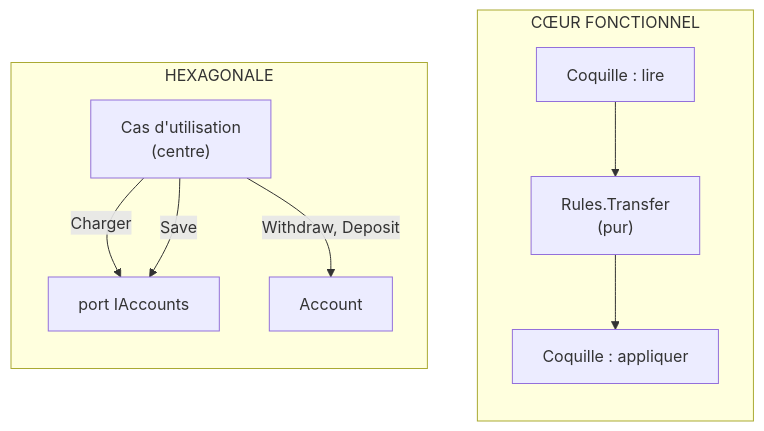
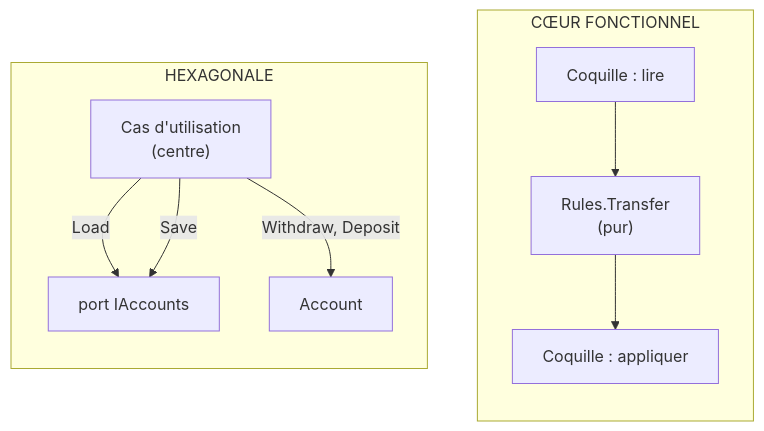
The diagram in Docs/differences/05-hexagonale-vs-coeur-fonctionnel.md (drangoht/ArchitecturesDemo), drawn with Mermaid before and after one commit. The commit also changed 78 other files, not shown here.

First line of the commit message:
Docs EN : identifiants, liens, diagrammes et sorties alignés sur le code anglais

````diff
--- a/Docs/differences/05-hexagonale-vs-coeur-fonctionnel.md
+++ b/Docs/differences/05-hexagonale-vs-coeur-fonctionnel.md
@@ -35,14 +35,14 @@
 ```mermaid
 flowchart LR
     subgraph H["HEXAGONALE"]
         direction TB
-        CU["Cas d'utilisation<br/>(centre)"] -->|"Charger"| P["port IAccounts"]
+        CU["Cas d'utilisation<br/>(centre)"] -->|"Load"| P["port IAccounts"]
         CU -->|"Withdraw, Deposit"| E["Account"]
         CU -->|"Save"| P
     end
     subgraph F["CŒUR FONCTIONNEL"]
         direction TB
         L["Coquille : lire"] --> R["Rules.Transfer<br/>(pur)"] --> A["Coquille : appliquer"]
     end
     H ~~~ F
 ```
````
